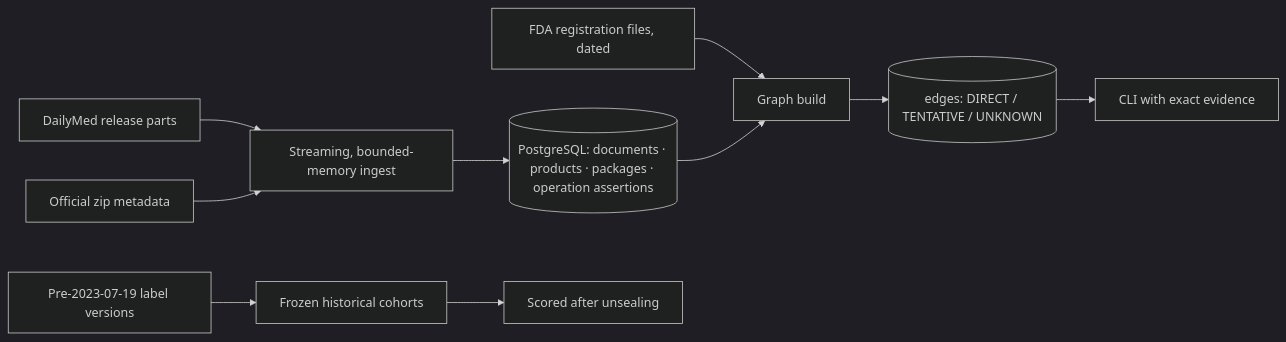
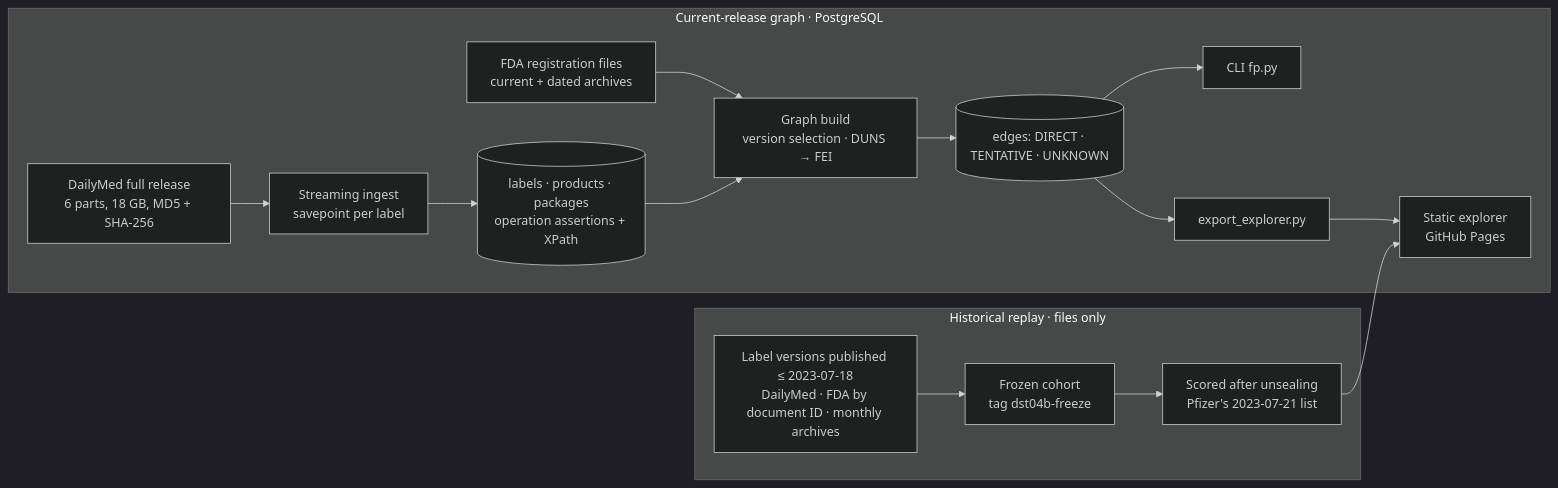
One commit to s2002kumar/fineprint changed the diagram in README.md. Above: the diagram before and after it, drawn with Mermaid (dark theme). The commit also changed other lines of this file and 130 other files, not shown here.

````diff
--- a/README.md
+++ b/README.md
@@ -62,9 +32,17 @@
 ```mermaid
 flowchart LR
-  R[DailyMed release parts] --> I[Streaming, bounded-memory ingest]
-  M[Official zip metadata] --> I
-  I --> N[(PostgreSQL: documents · products · packages · operation assertions)]
-  D[FDA registration files, dated] --> G[Graph build]
-  N --> G --> E[(edges: DIRECT / TENTATIVE / UNKNOWN)] --> C[CLI with exact evidence]
-  H[Pre-2023-07-19 label versions] --> F[Frozen historical cohorts] --> S[Scored after unsealing]
+  subgraph cur[Current-release graph · PostgreSQL]
+    R[DailyMed full release<br/>6 parts, 18 GB, MD5 + SHA-256] --> I[Streaming ingest<br/>savepoint per label]
+    I --> N[(labels · products · packages<br/>operation assertions + XPath)]
+    D[FDA registration files<br/>current + dated archives] --> G
+    N --> G[Graph build<br/>version selection · DUNS → FEI]
+    G --> E[(edges: DIRECT · TENTATIVE · UNKNOWN)]
+    E --> C[CLI fp.py]
+    E --> X[export_explorer.py] --> P[Static explorer<br/>GitHub Pages]
+  end
+  subgraph hist[Historical replay · files only]
+    H[Label versions published ≤ 2023-07-18<br/>DailyMed · FDA by document ID · monthly archives] --> F[Frozen cohort<br/>tag dst04b-freeze]
+    F --> S[Scored after unsealing<br/>Pfizer's 2023-07-21 list]
+    S --> P
+  end
 ```
````
